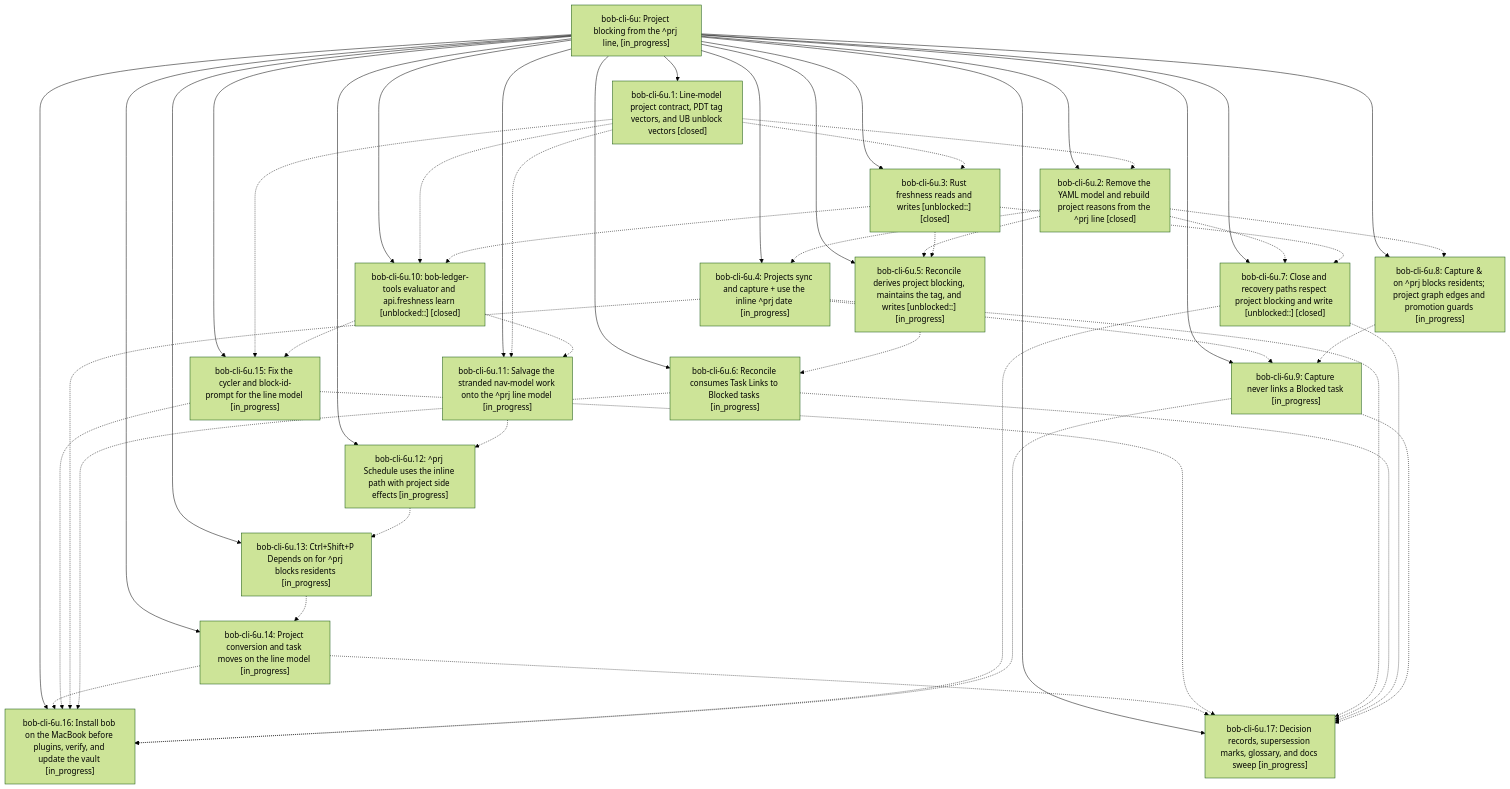
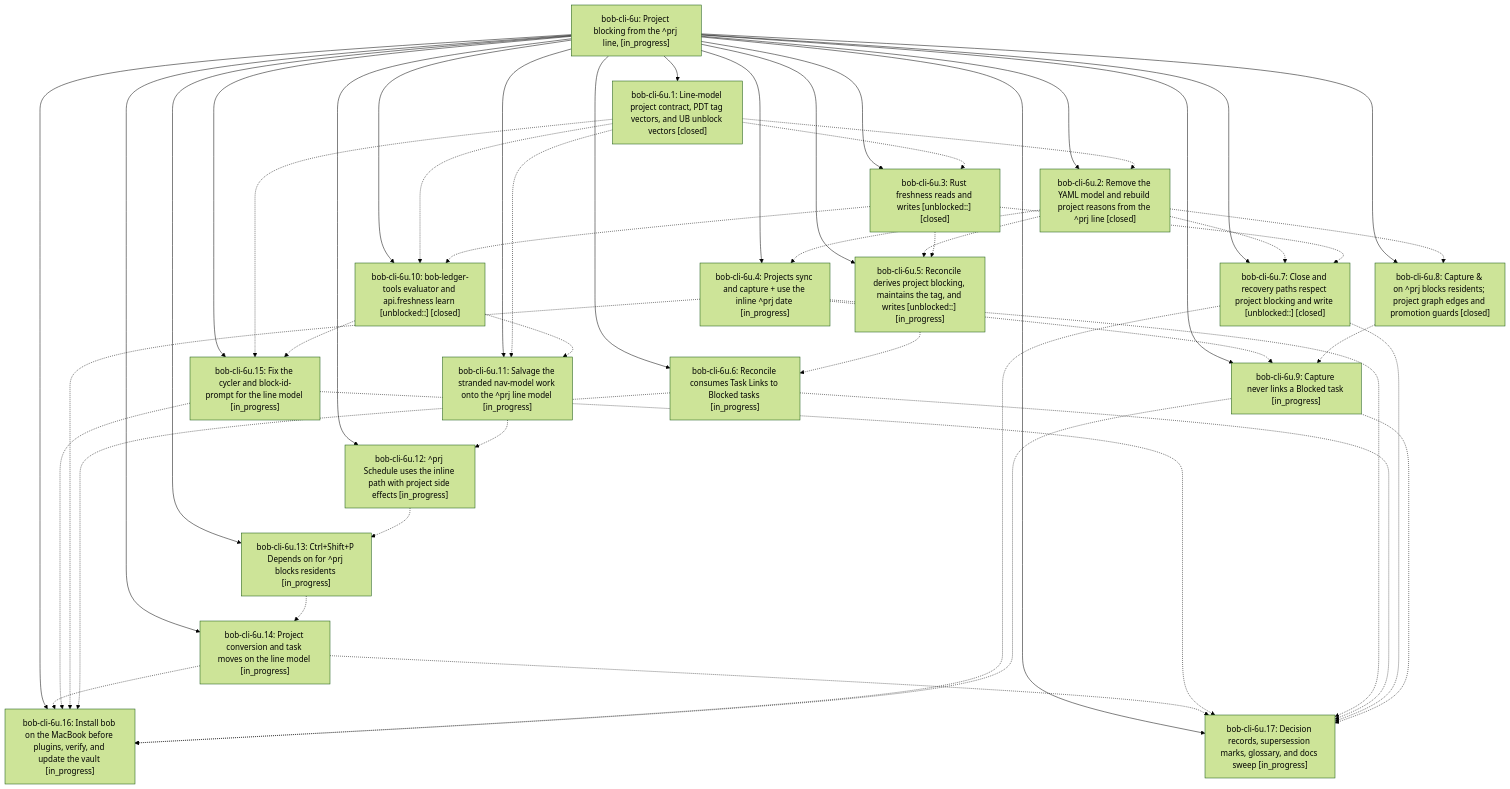
The diagram in pages/bob-cli-6u/README.md (bobs-org/bob-cli--beads), drawn with Mermaid (forest theme) before and after one commit. The commit also changed other lines of this file and 5 other files, not shown here.

First line of the commit message:
chore(beads): sync bead state and pages for bob-cli-6u

````diff
--- a/pages/bob-cli-6u/README.md
+++ b/pages/bob-cli-6u/README.md
@@ -61,70 +61,70 @@
 ```mermaid
 flowchart TD
     n0["bob-cli-6u: Project blocking from the ^prj line, [in_progress]"]
     n1["bob-cli-6u.1: Line-model project contract, PDT tag vectors, and UB unblock vectors [closed]"]
     n2["bob-cli-6u.10: bob-ledger-tools evaluator and api.freshness learn [unblocked::] [closed]"]
     n3["bob-cli-6u.11: Salvage the stranded nav-model work onto the ^prj line model [in_progress]"]
     n4["bob-cli-6u.12: ^prj Schedule uses the inline path with project side effects [in_progress]"]
     n5["bob-cli-6u.13: Ctrl+Shift+P Depends on for ^prj blocks residents [in_progress]"]
     n6["bob-cli-6u.14: Project conversion and task moves on the line model [in_progress]"]
     n7["bob-cli-6u.15: Fix the cycler and block-id-prompt for the line model [in_progress]"]
     n8["bob-cli-6u.16: Install bob on the MacBook before plugins, verify, and update the vault [in_progress]"]
     n9["bob-cli-6u.17: Decision records, supersession marks, glossary, and docs sweep [in_progress]"]
     n10["bob-cli-6u.2: Remove the YAML model and rebuild project reasons from the ^prj line [closed]"]
     n11["bob-cli-6u.3: Rust freshness reads and writes [unblocked::] [closed]"]
     n12["bob-cli-6u.4: Projects sync and capture + use the inline ^prj date [in_progress]"]
     n13["bob-cli-6u.5: Reconcile derives project blocking, maintains the tag, and writes [unblocked::] [in_progress]"]
     n14["bob-cli-6u.6: Reconcile consumes Task Links to Blocked tasks [in_progress]"]
     n15["bob-cli-6u.7: Close and recovery paths respect project blocking and write [unblocked::] [closed]"]
-    n16["bob-cli-6u.8: Capture & on ^prj blocks residents; project graph edges and promotion guards [in_progress]"]
+    n16["bob-cli-6u.8: Capture & on ^prj blocks residents; project graph edges and promotion guards [closed]"]
     n17["bob-cli-6u.9: Capture never links a Blocked task [in_progress]"]
     n0 --> n1
     n0 --> n2
     n0 --> n3
     n0 --> n4
     n0 --> n5
     n0 --> n6
     n0 --> n7
     n0 --> n8
     n0 --> n9
     n0 --> n10
     n0 --> n11
     n0 --> n12
     n0 --> n13
     n0 --> n14
     n0 --> n15
     n0 --> n16
     n0 --> n17
     n1 -.-> n2
     n1 -.-> n3
     n1 -.-> n7
     n1 -.-> n10
     n1 -.-> n11
     n2 -.-> n3
     n2 -.-> n7
     n3 -.-> n4
     n4 -.-> n5
     n5 -.-> n6
     n6 -.-> n8
     n6 -.-> n9
     n7 -.-> n8
     n7 -.-> n9
     n10 -.-> n12
     n10 -.-> n13
     n10 -.-> n15
     n10 -.-> n16
     n11 -.-> n2
     n11 -.-> n13
     n11 -.-> n15
     n12 -.-> n8
     n12 -.-> n9
     n12 -.-> n17
     n13 -.-> n14
     n14 -.-> n8
     n14 -.-> n9
     n15 -.-> n8
     n15 -.-> n9
     n16 -.-> n17
     n17 -.-> n8
     n17 -.-> n9
 ```
````
